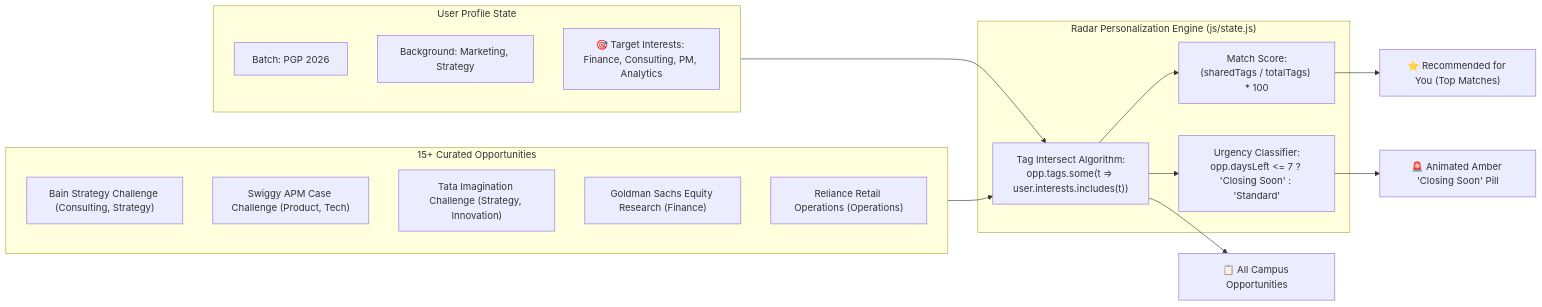
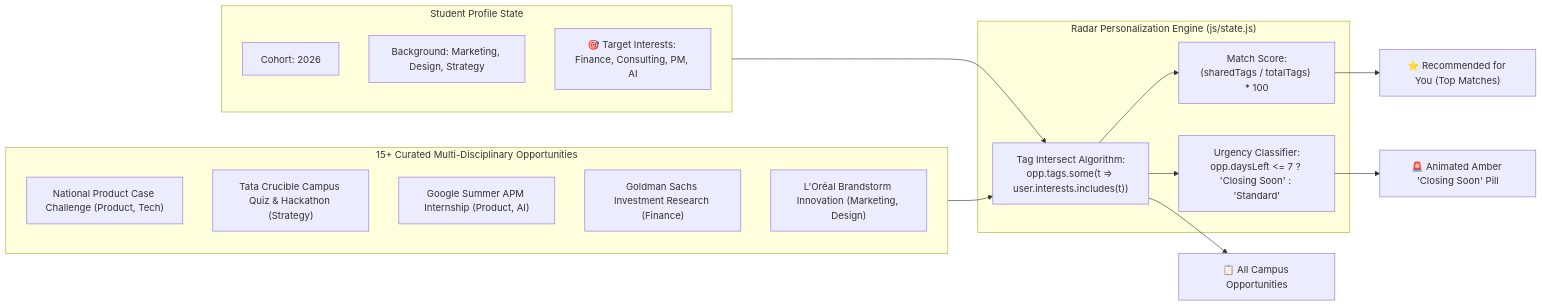
The sixth of 7 diagrams in README.md (pavitrapoojary/peerly), drawn with Mermaid before and after one commit. The commit also changed other lines of this file and 6 other files, not shown here.

````diff
--- a/README.md
+++ b/README.md
@@ -302,31 +304,31 @@
 ```mermaid
 graph LR
-    subgraph Profile_Inputs["User Profile State"]
-        Cohort["Batch: PGP 2026"]
-        Background["Background: Marketing, Strategy"]
-        Interests["🎯 Target Interests: Finance, Consulting, PM, Analytics"]
+    subgraph Profile_Inputs["Student Profile State"]
+        Cohort["Cohort: 2026"]
+        Background["Background: Marketing, Design, Strategy"]
+        Interests["🎯 Target Interests: Finance, Consulting, PM, AI"]
     end
 
     subgraph Radar_Engine["Radar Personalization Engine (js/state.js)"]
         Filter["Tag Intersect Algorithm:\nopp.tags.some(t => user.interests.includes(t))"]
         Urgency["Urgency Classifier:\nopp.daysLeft <= 7 ? 'Closing Soon' : 'Standard'"]
         Score["Match Score:\n(sharedTags / totalTags) * 100"]
     end
 
-    subgraph Opportunities_Database["15+ Curated Opportunities"]
-        O1["Bain Strategy Challenge (Consulting, Strategy)"]
-        O2["Swiggy APM Case Challenge (Product, Tech)"]
-        O3["Tata Imagination Challenge (Strategy, Innovation)"]
-        O4["Goldman Sachs Equity Research (Finance)"]
-        O5["Reliance Retail Operations (Operations)"]
+    subgraph Opportunities_Database["15+ Curated Multi-Disciplinary Opportunities"]
+        O1["National Product Case Challenge (Product, Tech)"]
+        O2["Tata Crucible Campus Quiz & Hackathon (Strategy)"]
+        O3["Google Summer APM Internship (Product, AI)"]
+        O4["Goldman Sachs Investment Research (Finance)"]
+        O5["L'Oréal Brandstorm Innovation (Marketing, Design)"]
     end
 
     Profile_Inputs --> Filter
     Opportunities_Database --> Filter
     Filter --> Score
     Filter --> Urgency
     
     Score --> RecRail["⭐ Recommended for You (Top Matches)"]
     Urgency --> ClosingSoon["🚨 Animated Amber 'Closing Soon' Pill"]
     Filter --> AllRail["📋 All Campus Opportunities"]
 ```
````
